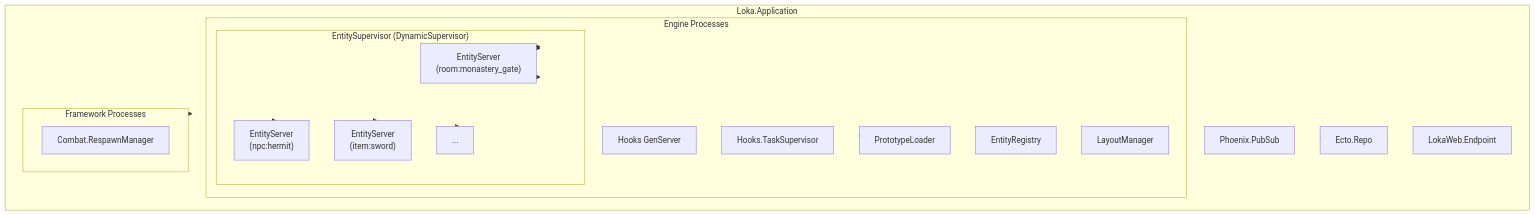
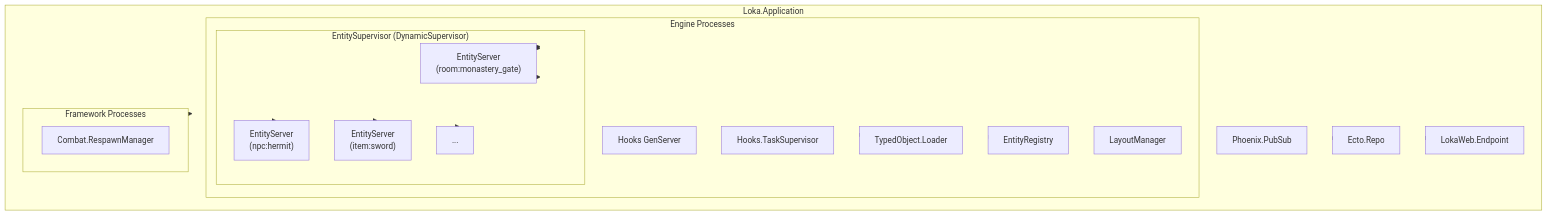
Before and after one commit to lorecrafting/lokacore: the first of 9 diagrams in docs/architecture/diagrams.md, drawn with Mermaid. The commit also changed 19 other files, not shown here.

First line of the commit message:
docs: Update architecture docs, add Claude rules and skills

````diff
--- a/docs/architecture/diagrams.md
+++ b/docs/architecture/diagrams.md
@@ -9,45 +9,45 @@
 ```mermaid
 graph TD
     subgraph Application["Loka.Application"]
         PubSub["Phoenix.PubSub"]
         Repo["Ecto.Repo"]
         Endpoint["LokaWeb.Endpoint"]
 
         subgraph Engine["Engine Processes"]
             Hooks["Hooks GenServer"]
             HooksTaskSup["Hooks.TaskSupervisor"]
-            PrototypeLoader["PrototypeLoader"]
+            TypedObjectLoader["TypedObject.Loader"]
             EntityRegistry["EntityRegistry"]
             LayoutManager["LayoutManager"]
 
             subgraph EntitySup["EntitySupervisor (DynamicSupervisor)"]
                 ES1["EntityServer\n(room:monastery_gate)"]
                 ES2["EntityServer\n(npc:hermit)"]
                 ES3["EntityServer\n(item:sword)"]
                 ESN["..."]
             end
         end
 
         subgraph Framework["Framework Processes"]
             RespawnManager["Combat.RespawnManager"]
         end
     end
 
     Application --> PubSub
     Application --> Repo
     Application --> Endpoint
     Application --> Engine
     Application --> Framework
 
     Engine --> Hooks
     Engine --> HooksTaskSup
-    Engine --> PrototypeLoader
+    Engine --> TypedObjectLoader
     Engine --> EntityRegistry
     Engine --> LayoutManager
     Engine --> EntitySup
 
     EntitySup --> ES1
     EntitySup --> ES2
     EntitySup --> ES3
     EntitySup --> ESN
 ```
````
